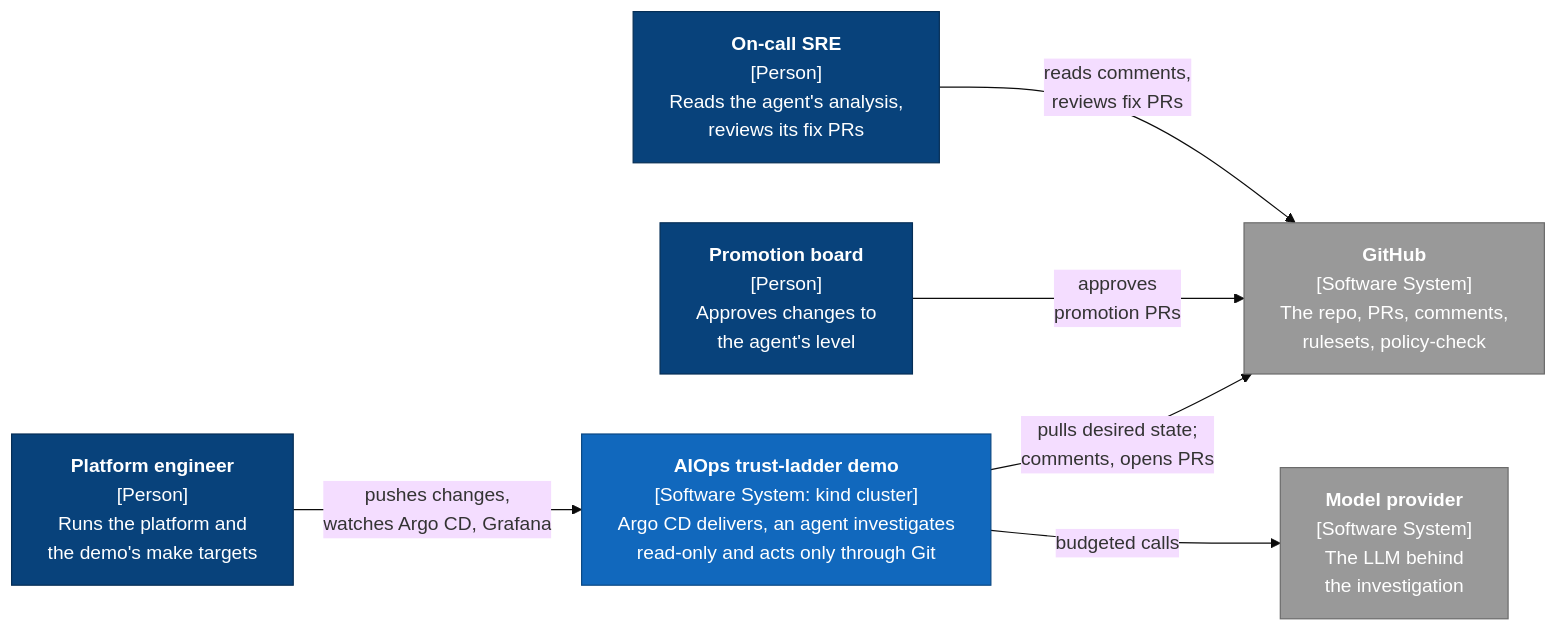
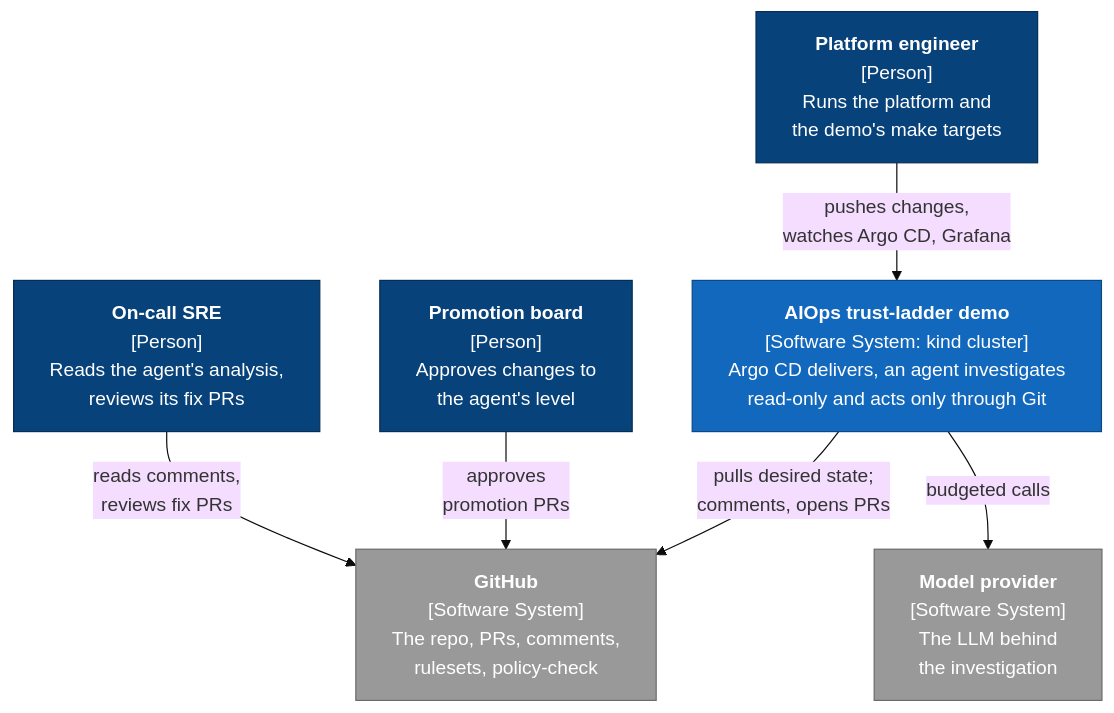
Before and after one commit to argo-multiverse-labs/argoconna26: the first of 2 diagrams in README.md, drawn with Mermaid (base theme). The commit also changed 2 other files, not shown here.

Commit message:
docs: C4 levels 1 and 2 top to bottom, level 3 with narrower boxes, so GitHub keeps the text readable

````diff
--- a/README.md
+++ b/README.md
@@ -114,25 +114,25 @@
 ```mermaid
 %%{init: {"flowchart": {"wrappingWidth": 320}}}%%
-flowchart LR
+flowchart TB
   pe["<b>Platform engineer</b><br/>[Person]<br/>Runs the platform and<br/>the demo's make targets"]
   sre["<b>On-call SRE</b><br/>[Person]<br/>Reads the agent's analysis,<br/>reviews its fix PRs"]
   board["<b>Promotion board</b><br/>[Person]<br/>Approves changes to<br/>the agent's level"]
 
   demo["<b>AIOps trust-ladder demo</b><br/>[Software System: kind cluster]<br/>Argo CD delivers, an agent investigates<br/>read-only and acts only through Git"]
 
   gh["<b>GitHub</b><br/>[Software System]<br/>The repo, PRs, comments,<br/>rulesets, policy-check"]
   llm["<b>Model provider</b><br/>[Software System]<br/>The LLM behind<br/>the investigation"]
 
   pe -->|"pushes changes,<br/>watches Argo CD, Grafana"| demo
   sre -->|"reads comments,<br/>reviews fix PRs"| gh
   board -->|"approves<br/>promotion PRs"| gh
   demo -->|"pulls desired state;<br/>comments, opens PRs"| gh
   demo -->|"budgeted calls"| llm
 
   classDef person fill:#08427b,stroke:#052e56,color:#fff
   classDef system fill:#1168bd,stroke:#0b4884,color:#fff
   classDef external fill:#999999,stroke:#6b6b6b,color:#fff
   class pe,sre,board person
   class demo system
   class gh,llm external
 ```
````
